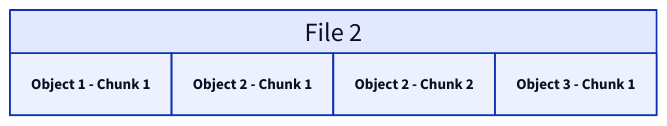
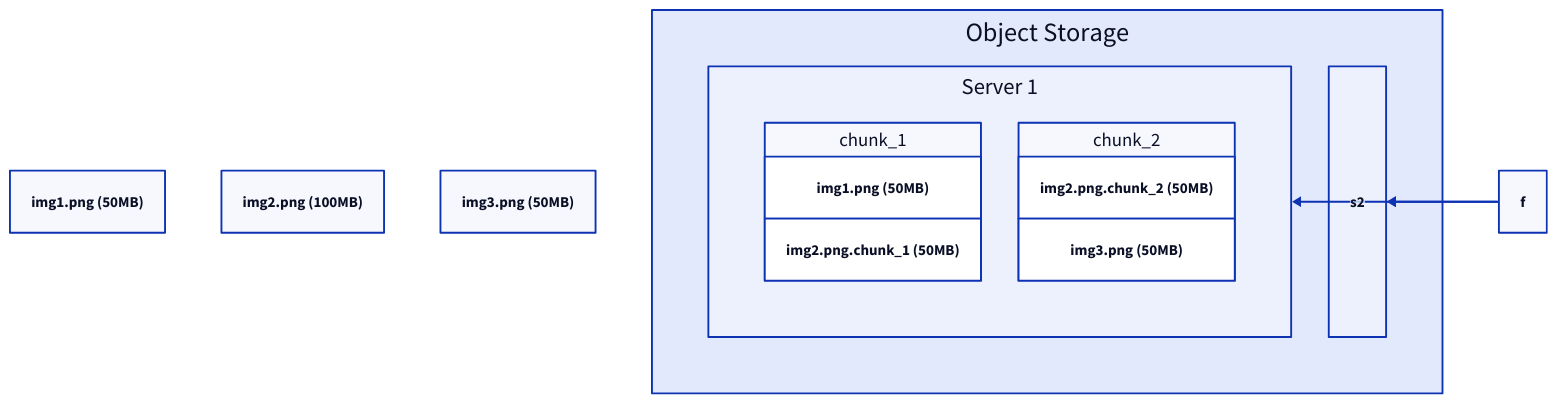
Before and after one commit to link1905/system-design-101: the ninth of 19 diagrams in content/docs/data-persistence/media-storage.md, drawn with D2. The commit also changed other lines of this file and 8 other files, not shown here.

````diff
--- a/content/docs/data-persistence/media-storage.md
+++ b/content/docs/data-persistence/media-storage.md
@@ -178,16 +290,31 @@
 ```d2
-grid-gap: 0
-grid-columns: 1
-f: File 1 {
-    grid-gap: 0
-    grid-rows: 1
-    "Object 1 - Chunk 1"
-    "Object 2 - Chunk 1"
+f1: "img1.png (50MB)" {
+  class: file
 }
-f: File 2 {
-    grid-gap: 0
-    grid-rows: 1
-    "Object 2 - Chunk 2"
-    "Object 3 - Chunk 1"
+f2: "img2.png (100MB)" {
+  class: file
 }
+f3: "img3.png (50MB)" {
+  class: file
+}
+o: Object Storage {
+  grid-rows: 1
+  s1: Server 1 {
+    grid-columns: 2
+    c1: "chunk_1" {
+      grid-rows: 2
+      grid-gap: 0
+      "img1.png (50MB)"
+      "img2.png.chunk_1 (50MB)"
+    }
+    c2: "chunk_2" {
+      grid-rows: 2
+      grid-gap: 0
+      "img2.png.chunk_2 (50MB)"
+      "img3.png (50MB)"
+    }
+  }
+}
+f -> o.s1
+f -> o.s2
 ```
````
